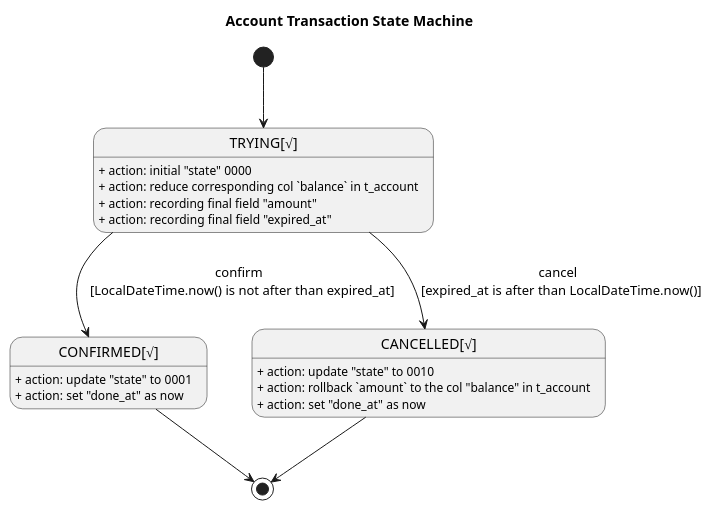
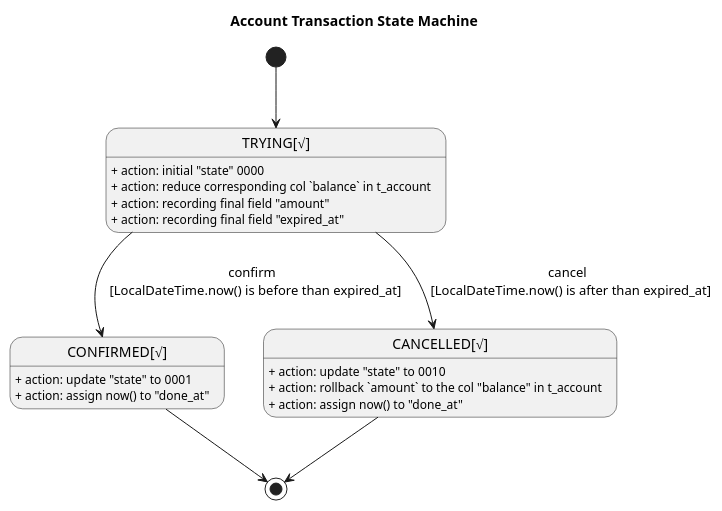
One commit to prontera/spring-cloud-rest-tcc changed the diagram in rest-tcc-projects/rest-tcc-account/src/main/resources/puml/participant-state.puml. Above: the diagram before and after it, drawn with PlantUML. The commit also changed 12 other files, not shown here.

```diff
--- a/rest-tcc-projects/rest-tcc-account/src/main/resources/puml/participant-state.puml
+++ b/rest-tcc-projects/rest-tcc-account/src/main/resources/puml/participant-state.puml
@@ -1,27 +1,27 @@
 @startuml
 skinparam monochrome true
 scale 1
 title Account Transaction State Machine
 
 ' State
 state "TRYING[√]" as TRYING
 TRYING: + action: initial "state" 0000
 TRYING: + action: reduce corresponding col `balance` in t_account
 TRYING: + action: recording final field "amount"
 TRYING: + action: recording final field "expired_at"
 '''
 state "CONFIRMED[√]" as CONFIRMED
 CONFIRMED: + action: update "state" to 0001
-CONFIRMED: + action: set "done_at" as now
+CONFIRMED: + action: assign now() to "done_at"
 '''
 state "CANCELLED[√]" as CANCELLED
 CANCELLED: + action: update "state" to 0010
 CANCELLED: + action: rollback `amount` to the col "balance" in t_account
-CANCELLED: + action: set "done_at" as now
+CANCELLED: + action: assign now() to "done_at"
 ' Transition
 [*] --> TRYING
-TRYING --> CONFIRMED: confirm \n [LocalDateTime.now() is not after than expired_at]
-TRYING --> CANCELLED: cancel \n [expired_at is after than LocalDateTime.now()]
+TRYING --> CONFIRMED: confirm \n [LocalDateTime.now() is before than expired_at]
+TRYING --> CANCELLED: cancel \n [LocalDateTime.now() is after than expired_at]
 CONFIRMED --> [*]
 CANCELLED --> [*]
 @enduml
```
